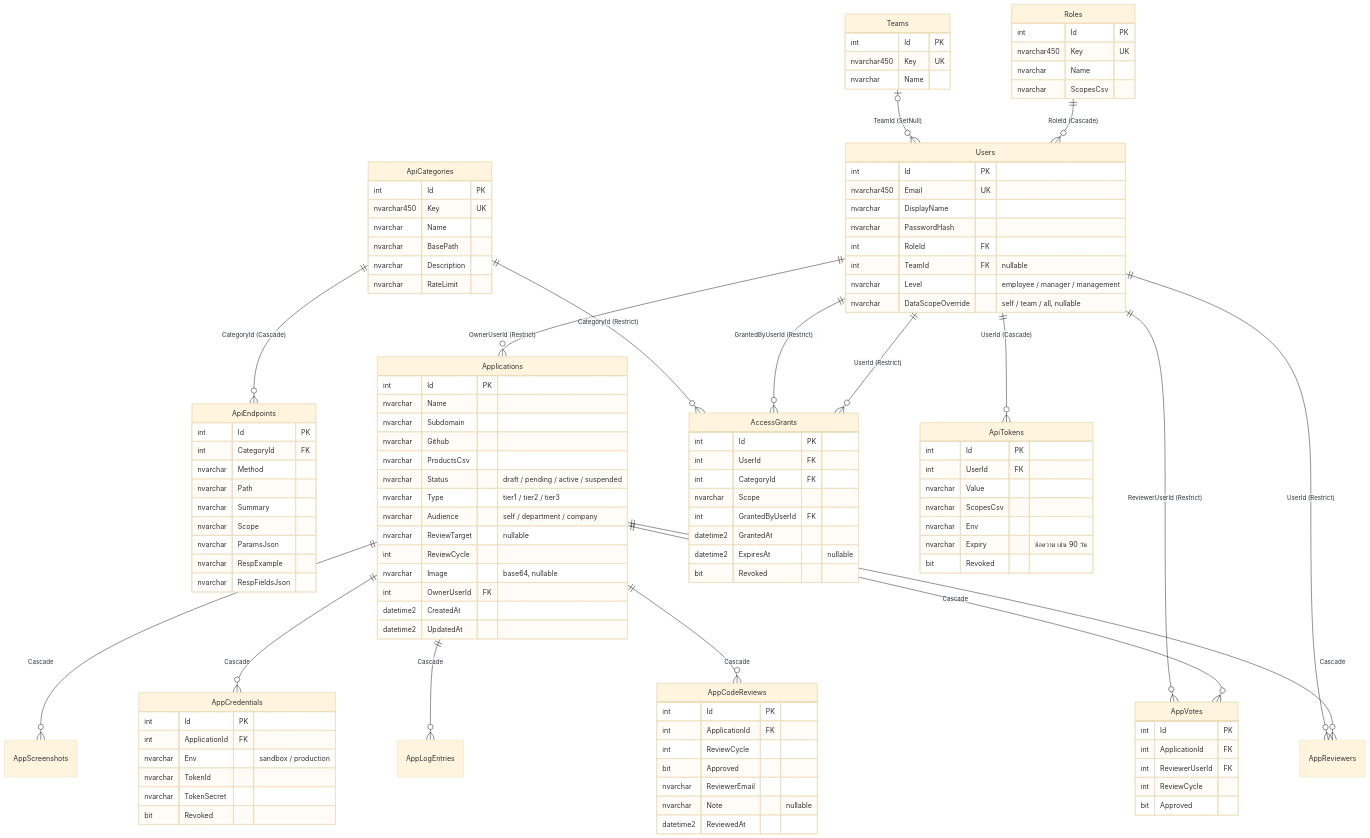
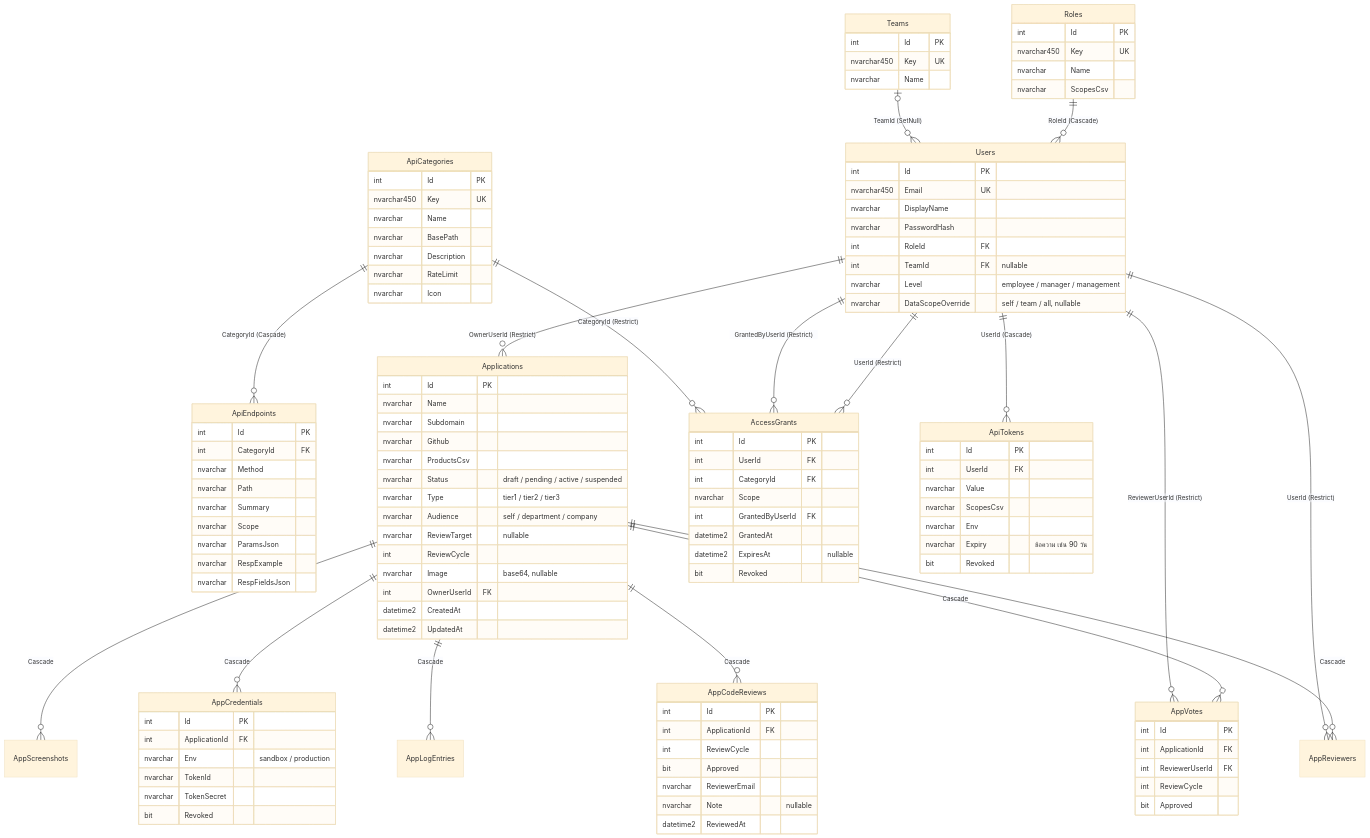
The diagram in docs/database.md (ThapanaArm/MGT_Portal), drawn with Mermaid (base theme) before and after one commit. The commit also changed other lines of this file and 109 other files, not shown here.

```diff
--- a/docs/database.md
+++ b/docs/database.md
@@ -78,6 +80,7 @@
         nvarchar BasePath
         nvarchar Description
         nvarchar RateLimit
+        nvarchar Icon
     }
     ApiEndpoints {
         int Id PK
```
